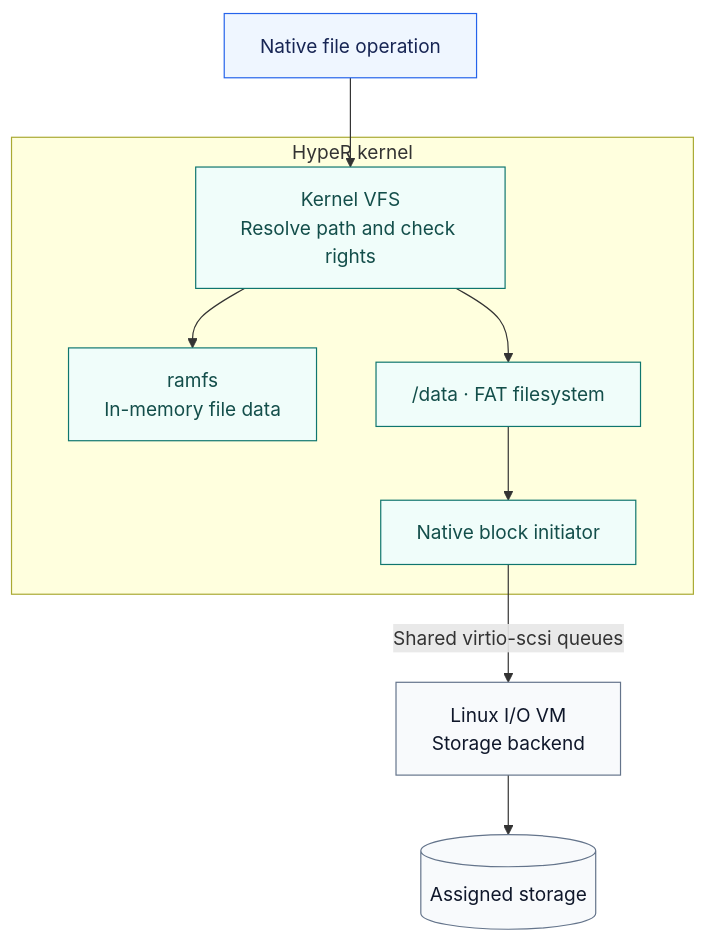
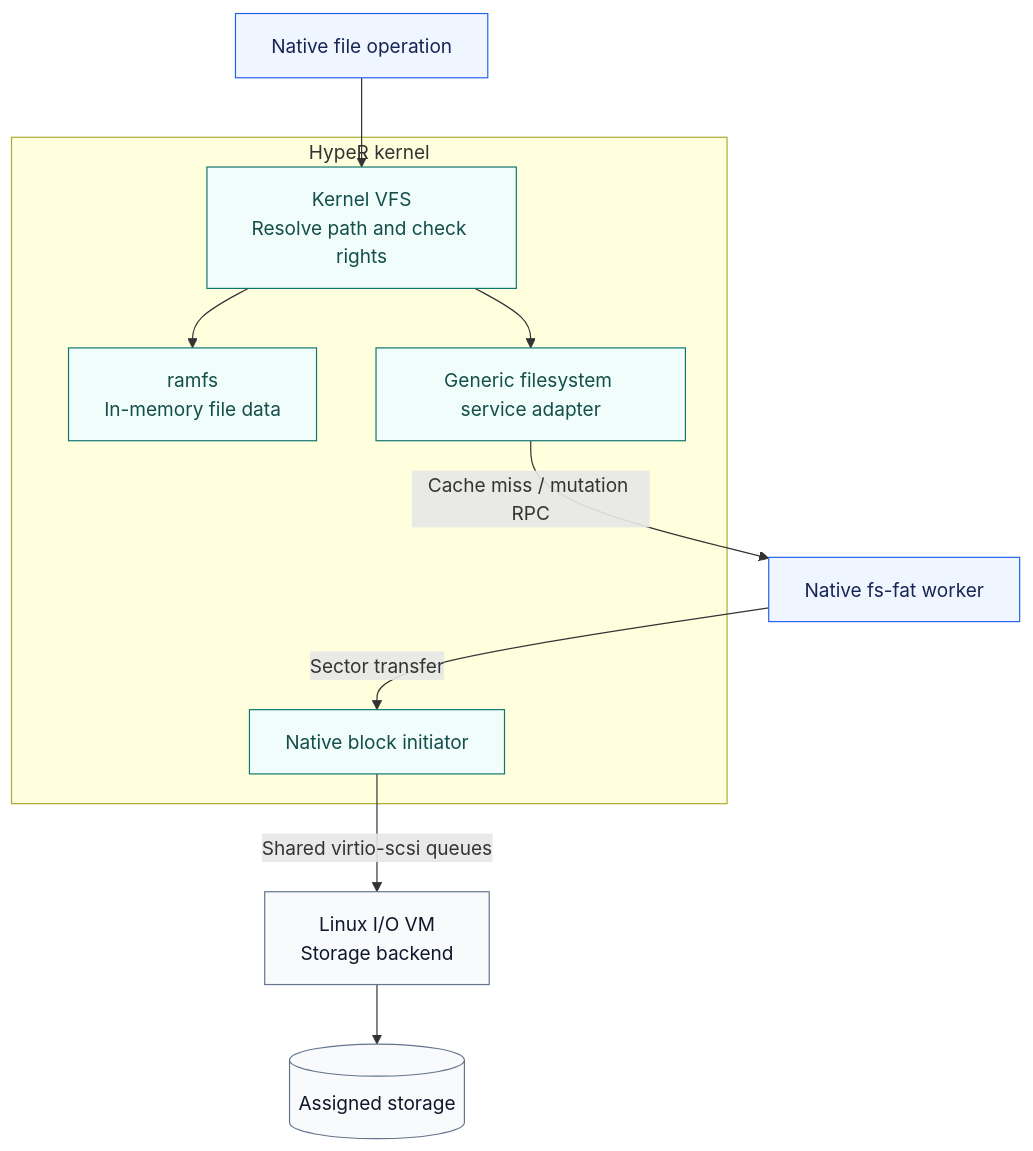
Before and after one commit to roolrz/HypeR: the third of 9 diagrams in docs/reading-the-code.md, drawn with Mermaid. The commit also changed other lines of this file and 119 other files, not shown here.

First line of the commit message:
feat(fs): move FAT volumes into isolated Native workers

````diff
--- a/docs/reading-the-code.md
+++ b/docs/reading-the-code.md
@@ -309,17 +309,20 @@
 ```mermaid
 flowchart TB
     app["Native file operation"] --> vfs["Kernel VFS<br/>Resolve path and check rights"]
     subgraph kernel["HypeR kernel"]
         vfs --> ramfs["ramfs<br/>In-memory file data"]
-        vfs --> fat["/data · FAT filesystem"]
-        fat --> block["Native block initiator"]
+        vfs --> remote["Generic filesystem service adapter"]
+        block["Native block initiator"]
     end
+    remote -->|Cache miss / mutation RPC| fat["Native fs-fat worker"]
+    fat -->|Sector transfer| block
     block -->|Shared virtio-scsi queues| io["Linux I/O VM<br/>Storage backend"]
     io --> disk[("Assigned storage")]
     class app app
-    class vfs,ramfs,fat,block core
+    class vfs,ramfs,remote,block core
+    class fat app
     class io,disk machine
     classDef app fill:#eff6ff,stroke:#2563eb,color:#172554
     classDef core fill:#f0fdfa,stroke:#0f766e,color:#134e4a
     classDef machine fill:#f8fafc,stroke:#64748b,color:#0f172a
 ```
````
